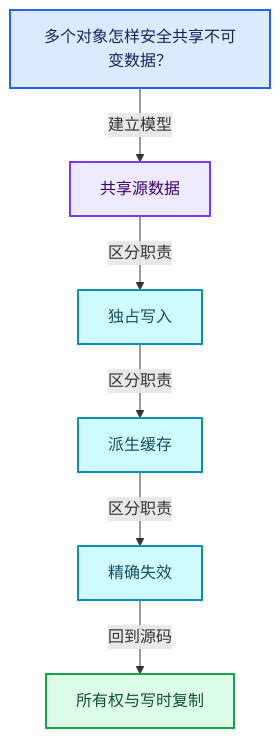
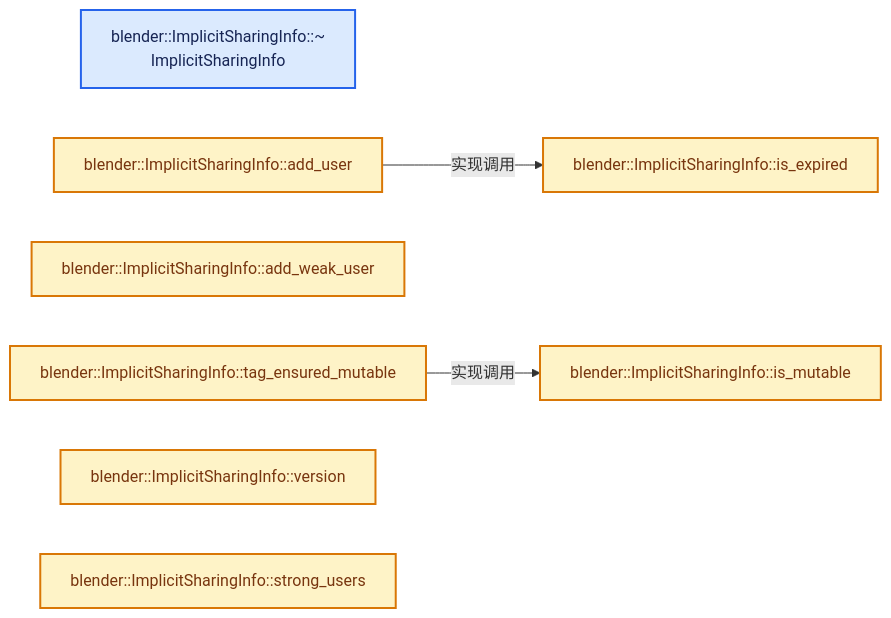
The second of 4 diagrams in 杂/markdown/全面学习-codex/06-隐式共享与缓存系统/01-所有权与写时复制.md (yunkezengren/blender-.vscode), drawn with Mermaid before and after one commit. The commit also changed other lines of this file and 1930 other files, not shown here.

````diff
--- a/杂/markdown/全面学习-codex/06-隐式共享与缓存系统/01-所有权与写时复制.md
+++ b/杂/markdown/全面学习-codex/06-隐式共享与缓存系统/01-所有权与写时复制.md
@@ -58,20 +46,19 @@
 ```mermaid
-flowchart TB
-  Q["多个对象怎样安全共享不可变数据？"]:::input
-  C0["共享源数据"]:::abstraction
-  C1["独占写入"]:::data
-  C2["派生缓存"]:::data
-  C3["精确失效"]:::data
-  R["所有权与写时复制"]:::result
-  Q -->|"建立模型"| C0
-  C0 -->|"区分职责"| C1
-  C1 -->|"区分职责"| C2
-  C2 -->|"区分职责"| C3
-  C3 -->|"回到源码"| R
+flowchart LR
+  F0["blender::ImplicitSharingInfo::~<br/>ImplicitSharingInfo"]:::input
+  F1["blender::ImplicitSharingInfo::is_mutable"]:::compute
+  F2["blender::ImplicitSharingInfo::is_expired"]:::compute
+  F3["blender::ImplicitSharingInfo::add_user"]:::compute
+  F4["blender::ImplicitSharingInfo::add_weak_user"]:::compute
+  F5["blender::ImplicitSharingInfo::tag_ensured_mutable"]:::compute
+  F6["blender::ImplicitSharingInfo::version"]:::compute
+  F7["blender::ImplicitSharingInfo::strong_users"]:::compute
+  F3 -->|"实现调用"| F2
+  F5 -->|"实现调用"| F1
   classDef input fill:#DBEAFE,stroke:#2563EB,color:#172554,stroke-width:2px;
   classDef data fill:#CFFAFE,stroke:#0891B2,color:#164E63,stroke-width:2px;
   classDef abstraction fill:#EDE9FE,stroke:#7C3AED,color:#3B0764,stroke-width:2px;
   classDef compute fill:#FEF3C7,stroke:#D97706,color:#78350F,stroke-width:2px;
   classDef result fill:#DCFCE7,stroke:#16A34A,color:#14532D,stroke-width:2px;
   classDef error fill:#FEE2E2,stroke:#DC2626,color:#7F1D1D,stroke-width:2px;
 ```
````
